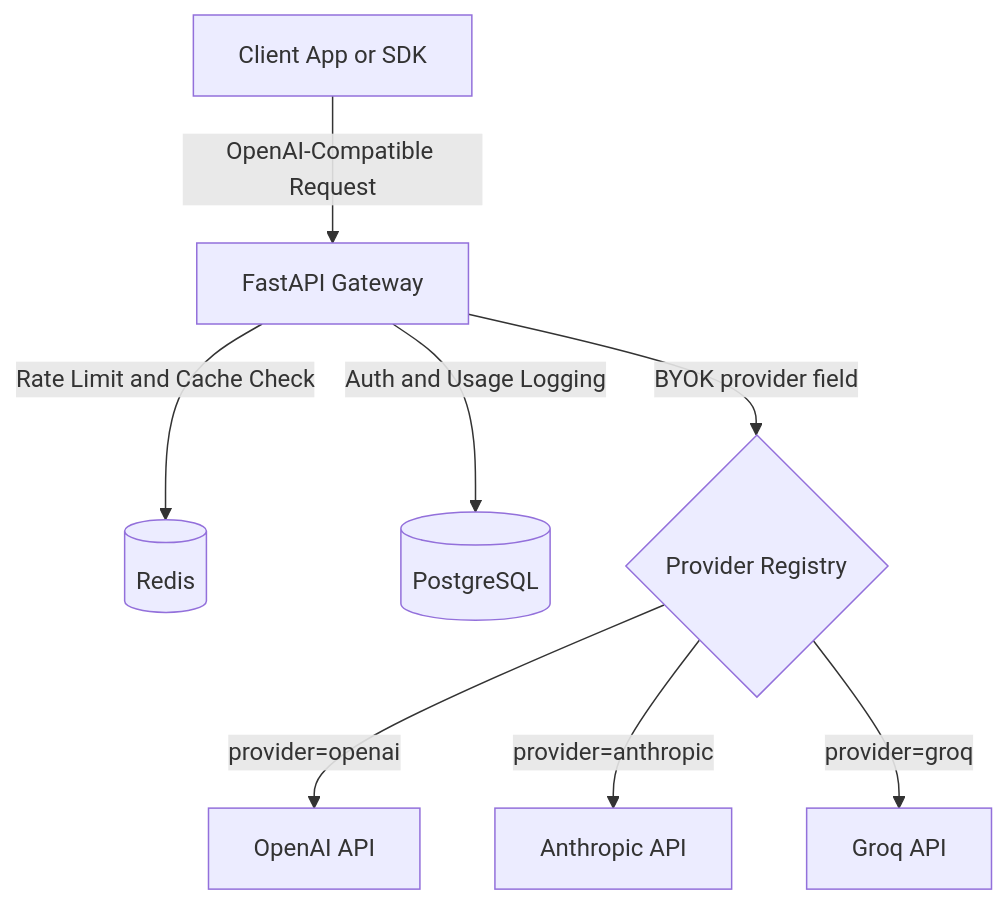
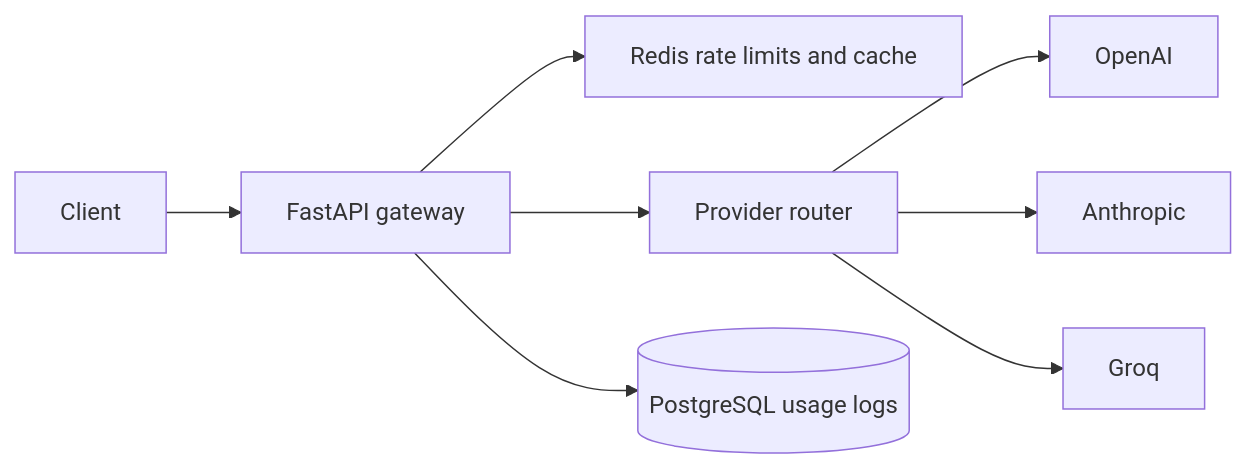
Before and after one commit to rahuljtom/llm-inference-gateway: the diagram in README.md, drawn with Mermaid. The commit also changed other lines of this file, not shown here.

````diff
--- a/README.md
+++ b/README.md
@@ -44,13 +22,10 @@
 ```mermaid
-graph TD
-    Client[Client App or SDK] -->|OpenAI-Compatible Request| Gateway[FastAPI Gateway]
-
-    Gateway -->|Rate Limit and Cache Check| Redis[(Redis)]
-    Gateway -->|Auth and Usage Logging| Postgres[(PostgreSQL)]
-
-    Gateway -->|BYOK provider field| Router{Provider Registry}
-
-    Router -->|provider=openai| OpenAI[OpenAI API]
-    Router -->|provider=anthropic| Anthropic[Anthropic API]
-    Router -->|provider=groq| Groq[Groq API]
+flowchart LR
+    Client --> Gateway[FastAPI gateway]
+    Gateway --> Limits[Redis rate limits and cache]
+    Gateway --> Router[Provider router]
+    Router --> OpenAI
+    Router --> Anthropic
+    Router --> Groq
+    Gateway --> Postgres[(PostgreSQL usage logs)]
 ```
````
